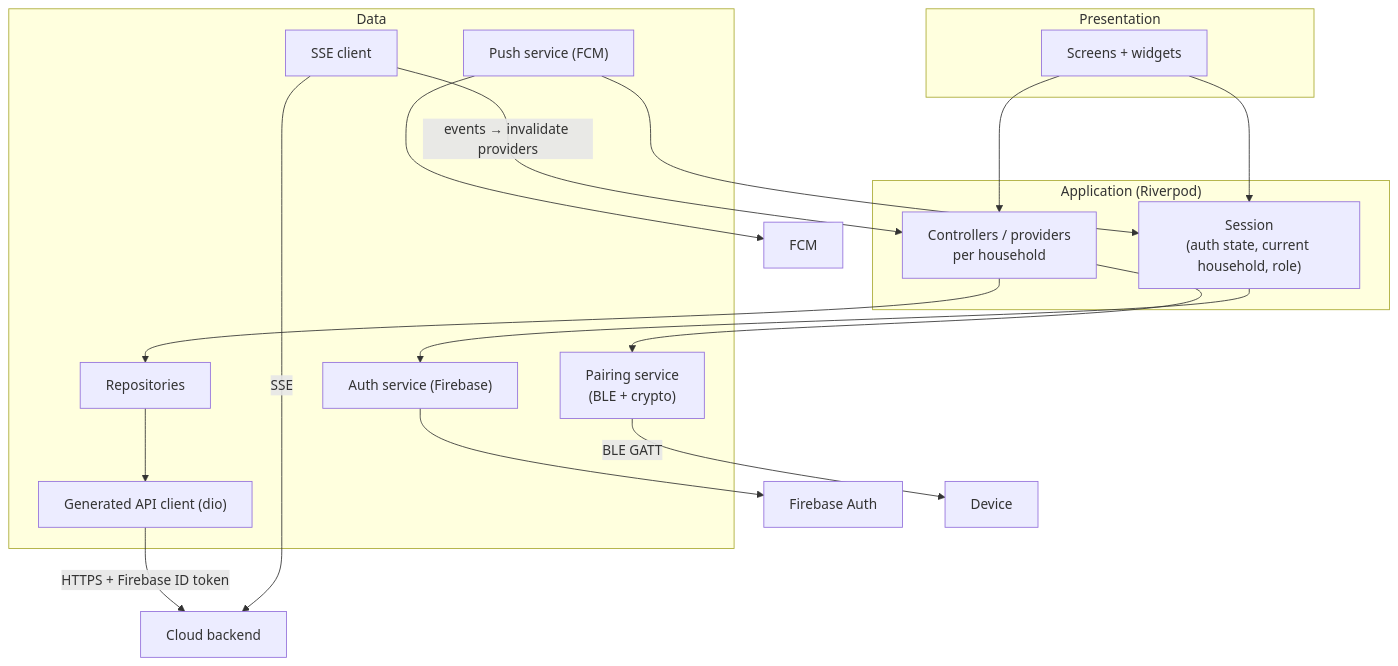
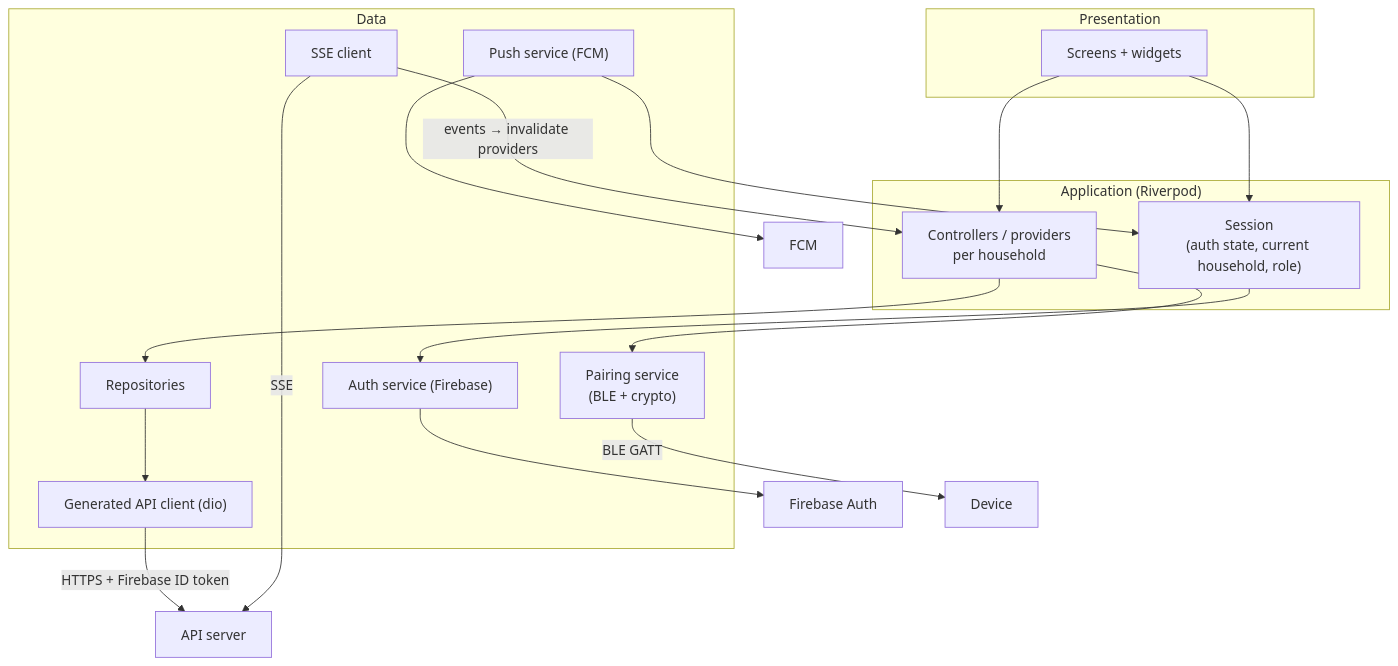
One commit to Hansom17/MoistureController changed the first of 3 diagrams in app/App_Specs.md. Above: the diagram before and after it, drawn with Mermaid. The commit also changed other lines of this file and 86 other files, not shown here.

````diff
--- a/app/App_Specs.md
+++ b/app/App_Specs.md
@@ -48,31 +48,31 @@
 ```mermaid
 flowchart TB
     subgraph UI["Presentation"]
         SCR["Screens + widgets"]
     end
     subgraph APP["Application (Riverpod)"]
         CTRL["Controllers / providers<br/>per household"]
         SESS["Session<br/>(auth state, current household, role)"]
     end
     subgraph DATA["Data"]
         REPO["Repositories"]
         GEN["Generated API client (dio)"]
         LIVE["SSE client"]
         BLE["Pairing service<br/>(BLE + crypto)"]
         PUSH["Push service (FCM)"]
         AUTH["Auth service (Firebase)"]
     end
 
     SCR --> CTRL --> REPO
     SCR --> SESS
     REPO --> GEN
     LIVE -- "events → invalidate providers" --> CTRL
     CTRL --> BLE
     SESS --> AUTH
     PUSH --> SESS
-    GEN -- "HTTPS + Firebase ID token" --> API["Cloud backend"]
+    GEN -- "HTTPS + Firebase ID token" --> API["API server"]
     LIVE -- "SSE" --> API
     AUTH --> FA["Firebase Auth"]
     PUSH --> FCM["FCM"]
     BLE -- "BLE GATT" --> DEV["Device"]
 ```
````
